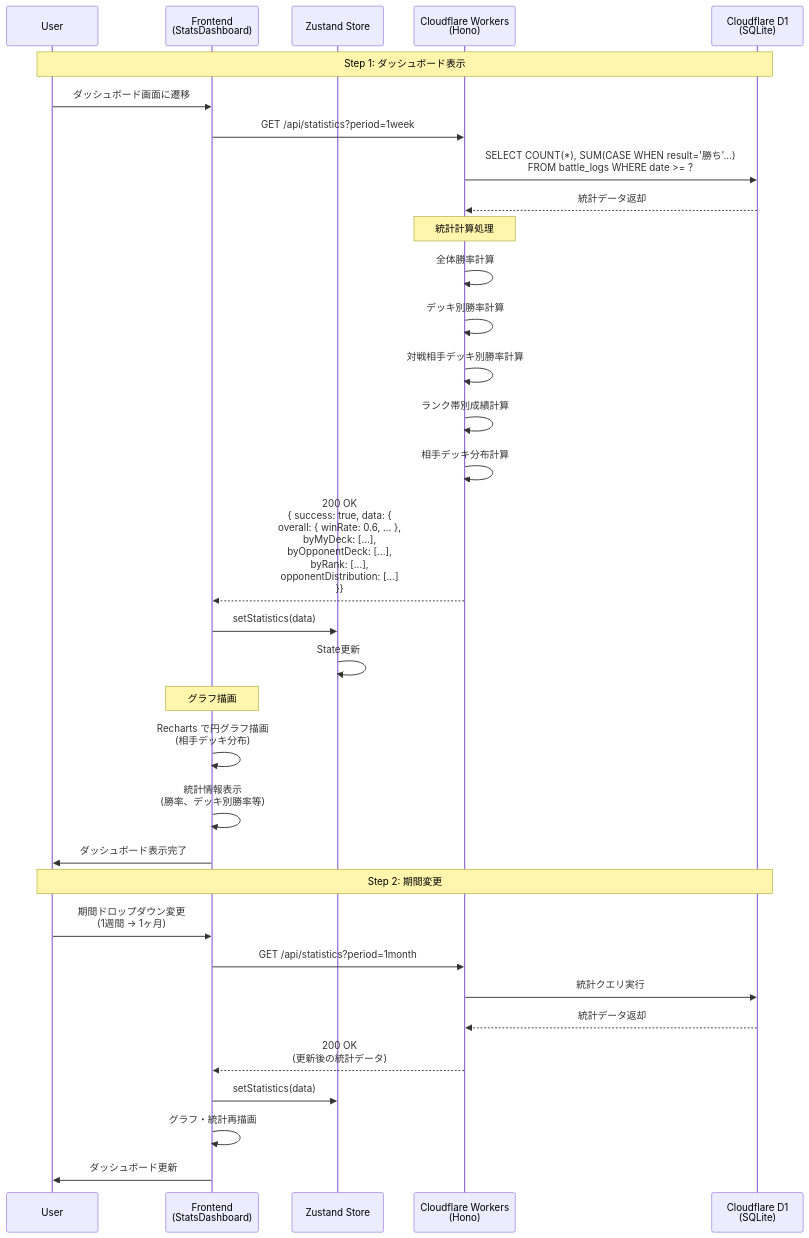
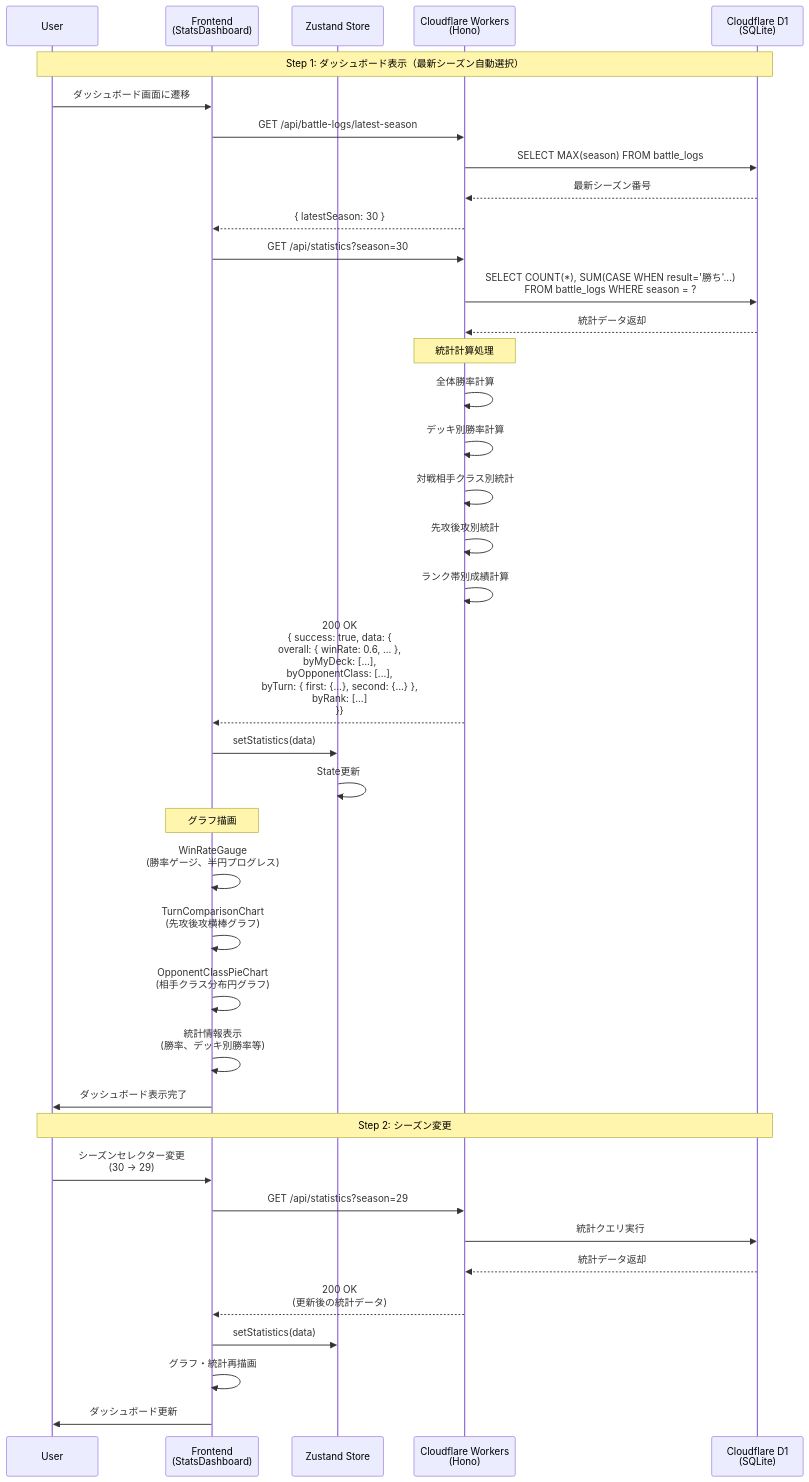
Before and after one commit to yaguma/shadowverse_log: the fourth of 9 diagrams in docs/design/shadowverse-battle-log/dataflow.md, drawn with Mermaid. The commit also changed other lines of this file and 2 other files, not shown here.

Commit message:
docs: update design documents to reflect season feature and graphical dashboard
- architecture-cloudflare.md: Add season column to battle_logs schema,
  add graphical dashboard components (WinRateGauge, TurnComparisonChart,
  OpponentClassPieChart, SeasonSelector), add JST date utility
- api-endpoints-cloudflare.md: Add season parameter to battle-logs and
  statistics APIs, add latest-season endpoint, add byOpponentClass and
  byTurn statistics
- dataflow.md: Update statistics dashboard flow for latest season auto-selection,
  add graphical components to flow diagram

🤖 Generated with [Claude Code](https://claude.com/claude-code)

````diff
--- a/docs/design/shadowverse-battle-log/dataflow.md
+++ b/docs/design/shadowverse-battle-log/dataflow.md
@@ -137,43 +137,49 @@
 ```mermaid
 sequenceDiagram
     participant U as User
     participant F as Frontend<br/>(StatsDashboard)
     participant Z as Zustand Store
     participant CW as Cloudflare Workers<br/>(Hono)
     participant D1 as Cloudflare D1<br/>(SQLite)
 
-    Note over U,D1: Step 1: ダッシュボード表示
+    Note over U,D1: Step 1: ダッシュボード表示（最新シーズン自動選択）
     U->>F: ダッシュボード画面に遷移
-    F->>CW: GET /api/statistics?period=1week
+    F->>CW: GET /api/battle-logs/latest-season
+    CW->>D1: SELECT MAX(season) FROM battle_logs
+    D1-->>CW: 最新シーズン番号
+    CW-->>F: { latestSeason: 30 }
+    F->>CW: GET /api/statistics?season=30
 
-    CW->>D1: SELECT COUNT(*), SUM(CASE WHEN result='勝ち'...)<br/>FROM battle_logs WHERE date >= ?
+    CW->>D1: SELECT COUNT(*), SUM(CASE WHEN result='勝ち'...)<br/>FROM battle_logs WHERE season = ?
     D1-->>CW: 統計データ返却
 
     Note over CW: 統計計算処理
     CW->>CW: 全体勝率計算
     CW->>CW: デッキ別勝率計算
-    CW->>CW: 対戦相手デッキ別勝率計算
+    CW->>CW: 対戦相手クラス別統計
+    CW->>CW: 先攻後攻別統計
     CW->>CW: ランク帯別成績計算
-    CW->>CW: 相手デッキ分布計算
 
-    CW-->>F: 200 OK<br/>{ success: true, data: {<br/>  overall: { winRate: 0.6, ... },<br/>  byMyDeck: [...],<br/>  byOpponentDeck: [...],<br/>  byRank: [...],<br/>  opponentDistribution: [...]<br/>}}
+    CW-->>F: 200 OK<br/>{ success: true, data: {<br/>  overall: { winRate: 0.6, ... },<br/>  byMyDeck: [...],<br/>  byOpponentClass: [...],<br/>  byTurn: { first: {...}, second: {...} },<br/>  byRank: [...]<br/>}}
 
     F->>Z: setStatistics(data)
     Z->>Z: State更新
 
     Note over F: グラフ描画
-    F->>F: Recharts で円グラフ描画<br/>(相手デッキ分布)
+    F->>F: WinRateGauge<br/>(勝率ゲージ、半円プログレス)
+    F->>F: TurnComparisonChart<br/>(先攻後攻横棒グラフ)
+    F->>F: OpponentClassPieChart<br/>(相手クラス分布円グラフ)
     F->>F: 統計情報表示<br/>(勝率、デッキ別勝率等)
 
     F->>U: ダッシュボード表示完了
 
-    Note over U,D1: Step 2: 期間変更
-    U->>F: 期間ドロップダウン変更<br/>(1週間 → 1ヶ月)
-    F->>CW: GET /api/statistics?period=1month
+    Note over U,D1: Step 2: シーズン変更
+    U->>F: シーズンセレクター変更<br/>(30 → 29)
+    F->>CW: GET /api/statistics?season=29
     CW->>D1: 統計クエリ実行
     D1-->>CW: 統計データ返却
     CW-->>F: 200 OK<br/>(更新後の統計データ)
     F->>Z: setStatistics(data)
     F->>F: グラフ・統計再描画
     F->>U: ダッシュボード更新
 ```
````
